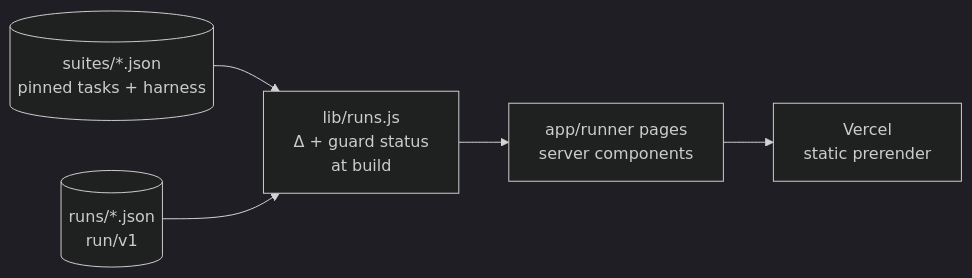
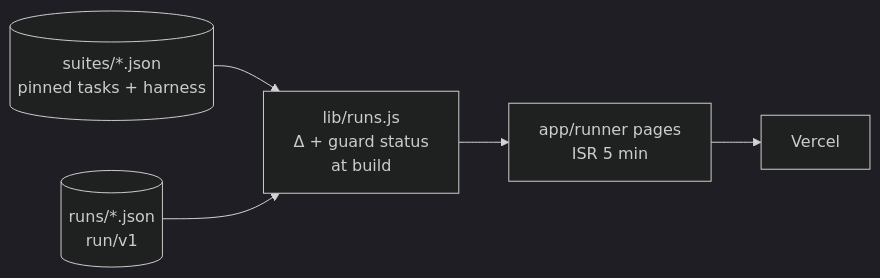
The second of 2 diagrams in docs/benchmark_runner/BENCHMARK_RUNNER.md (slayerlabs/slayer), drawn with Mermaid (dark theme) before and after one commit. The commit also changed other lines of this file and 1 other file, not shown here.

Commit message:
benchmark-runner: document Blob storage + env (.env.example)

````diff
--- a/docs/benchmark_runner/BENCHMARK_RUNNER.md
+++ b/docs/benchmark_runner/BENCHMARK_RUNNER.md
@@ -36,7 +36,7 @@
 ```mermaid
 flowchart LR
   S[(suites/*.json<br/>pinned tasks + harness)] --> L
   J[(runs/*.json<br/>run/v1)] --> L[lib/runs.js<br/>Δ + guard status<br/>at build]
-  L --> P[app/runner pages<br/>server components]
-  P --> V[Vercel<br/>static prerender]
+  L --> P[app/runner pages<br/>ISR 5 min]
+  P --> V[Vercel]
 ```
````
